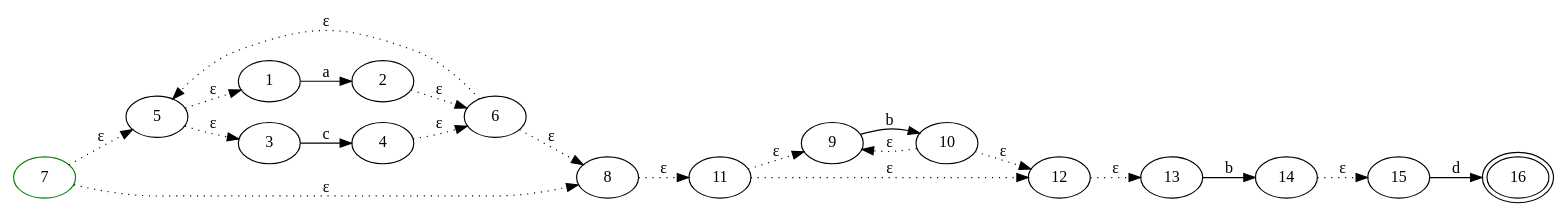
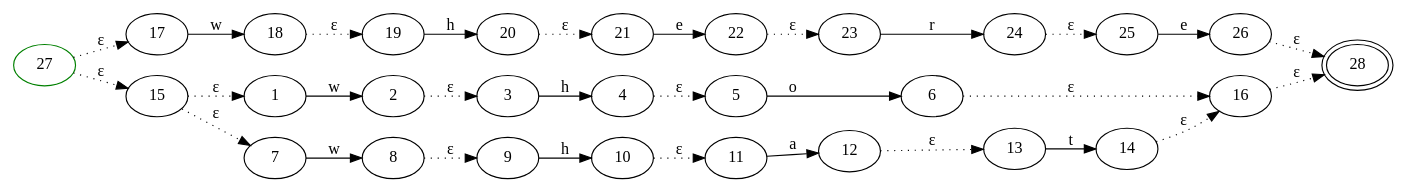
Before and after one commit to JuanZoran/Principle-of-compilation-from-scratch: the first of 3 diagrams in lua_demo/README.md, drawn with Graphviz. The commit also changed other lines of this file and 1 other file, not shown here.

Commit message:
fix: fix condition error

````diff
--- a/lua_demo/README.md
+++ b/lua_demo/README.md
@@ -11,29 +11,38 @@
 ```dot
-// Start State: 7
-// Final State: 16
+// Start State: 27
+// Final State: 28
 digraph {
 rankdir = LR
-7 [color=green]
-16 [peripheries=2]
-1 -> 2 [label="a"]
-3 -> 4 [label="c"]
-9 -> 10 [label="b"]
-13 -> 14 [label="b"]
-15 -> 16 [label="d"]
-2 -> 6 [style=dotted, label="ε"]
-4 -> 6 [style=dotted, label="ε"]
-5 -> 3 [style=dotted, label="ε"]
-5 -> 1 [style=dotted, label="ε"]
-6 -> 8 [style=dotted, label="ε"]
-6 -> 5 [style=dotted, label="ε"]
-7 -> 5 [style=dotted, label="ε"]
-7 -> 8 [style=dotted, label="ε"]
-8 -> 11 [style=dotted, label="ε"]
-10 -> 12 [style=dotted, label="ε"]
-10 -> 9 [style=dotted, label="ε"]
-11 -> 9 [style=dotted, label="ε"]
-11 -> 12 [style=dotted, label="ε"]
+27 [color=green]
+28 [peripheries=2]
+1 -> 2 [label="w"]
+3 -> 4 [label="h"]
+5 -> 6 [label="o"]
+7 -> 8 [label="w"]
+9 -> 10 [label="h"]
+11 -> 12 [label="a"]
+13 -> 14 [label="t"]
+17 -> 18 [label="w"]
+19 -> 20 [label="h"]
+21 -> 22 [label="e"]
+23 -> 24 [label="r"]
+25 -> 26 [label="e"]
+2 -> 3 [style=dotted, label="ε"]
+4 -> 5 [style=dotted, label="ε"]
+6 -> 16 [style=dotted, label="ε"]
+8 -> 9 [style=dotted, label="ε"]
+10 -> 11 [style=dotted, label="ε"]
 12 -> 13 [style=dotted, label="ε"]
-14 -> 15 [style=dotted, label="ε"]
+14 -> 16 [style=dotted, label="ε"]
+15 -> 7 [style=dotted, label="ε"]
+15 -> 1 [style=dotted, label="ε"]
+16 -> 28 [style=dotted, label="ε"]
+18 -> 19 [style=dotted, label="ε"]
+20 -> 21 [style=dotted, label="ε"]
+22 -> 23 [style=dotted, label="ε"]
+24 -> 25 [style=dotted, label="ε"]
+26 -> 28 [style=dotted, label="ε"]
+27 -> 17 [style=dotted, label="ε"]
+27 -> 15 [style=dotted, label="ε"]
 }
 ```
````
